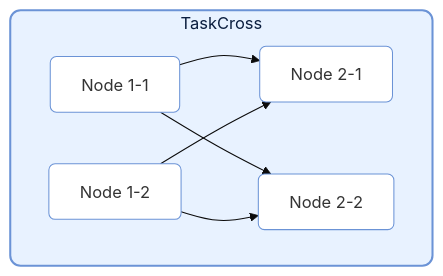
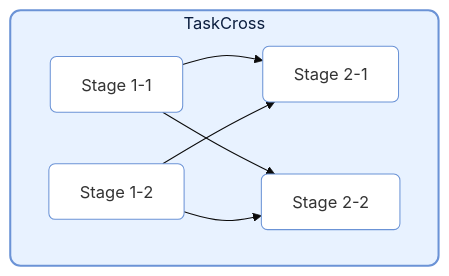
Before and after one commit to Mr-xiaotian/CelestialFlow: the second of 6 diagrams in docs/ja/src/graph/core_structure.md, drawn with Mermaid (base theme). The commit also changed other lines of this file and 211 other files, not shown here.

````diff
--- a/docs/ja/src/graph/core_structure.md
+++ b/docs/ja/src/graph/core_structure.md
@@ -46,20 +46,20 @@
 ```mermaid
 flowchart LR
     subgraph TC[TaskCross]
         direction LR
         
-        S11[Node 1-1]
-        S12[Node 1-2]
+        S11[Stage 1-1]
+        S12[Stage 1-2]
         
-        S21[Node 2-1]
-        S22[Node 2-2]
+        S21[Stage 2-1]
+        S22[Stage 2-2]
 
         S11 --> S21
         S11 --> S22
         S12 --> S21
         S12 --> S22
     end
     style TC fill:#e8f2ff,stroke:#6b93d6,stroke-width:2px,color:#0b1e3f,rx:10px,ry:10px
     classDef blueNode fill:#ffffff,stroke:#6b93d6,rx:6px,ry:6px;
     class S11,S12,S21,S22 blueNode;
 ```
````
